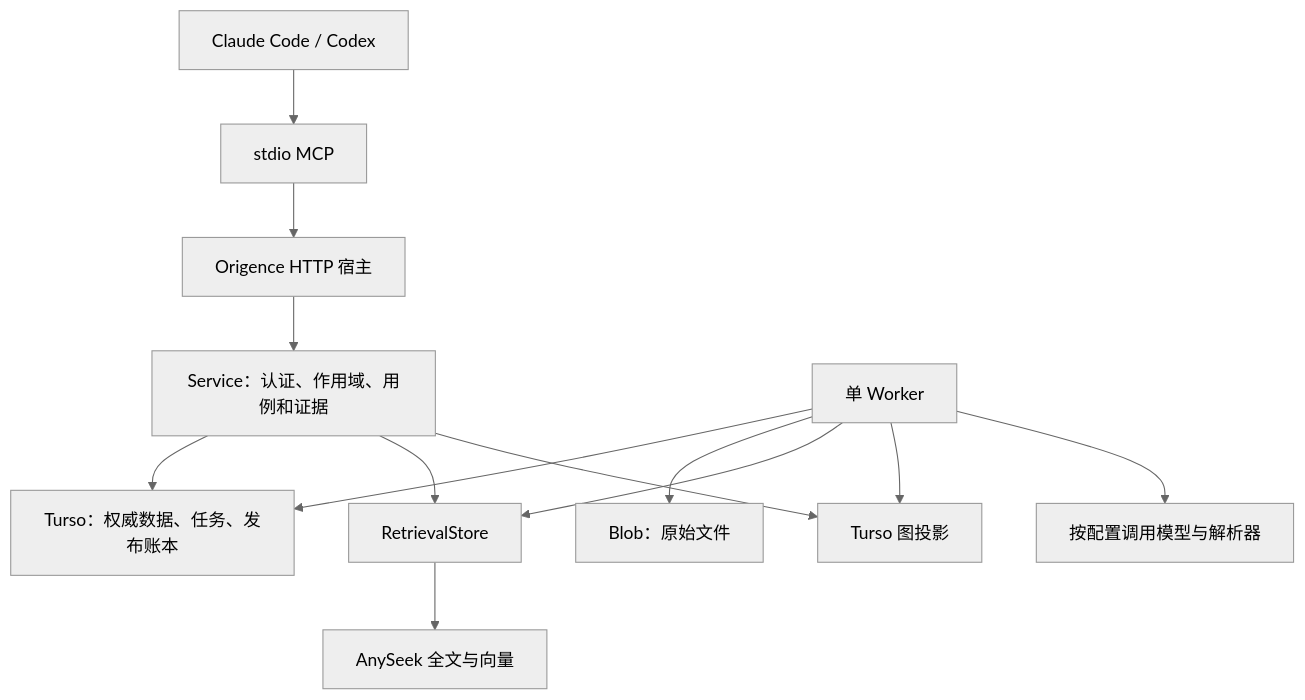
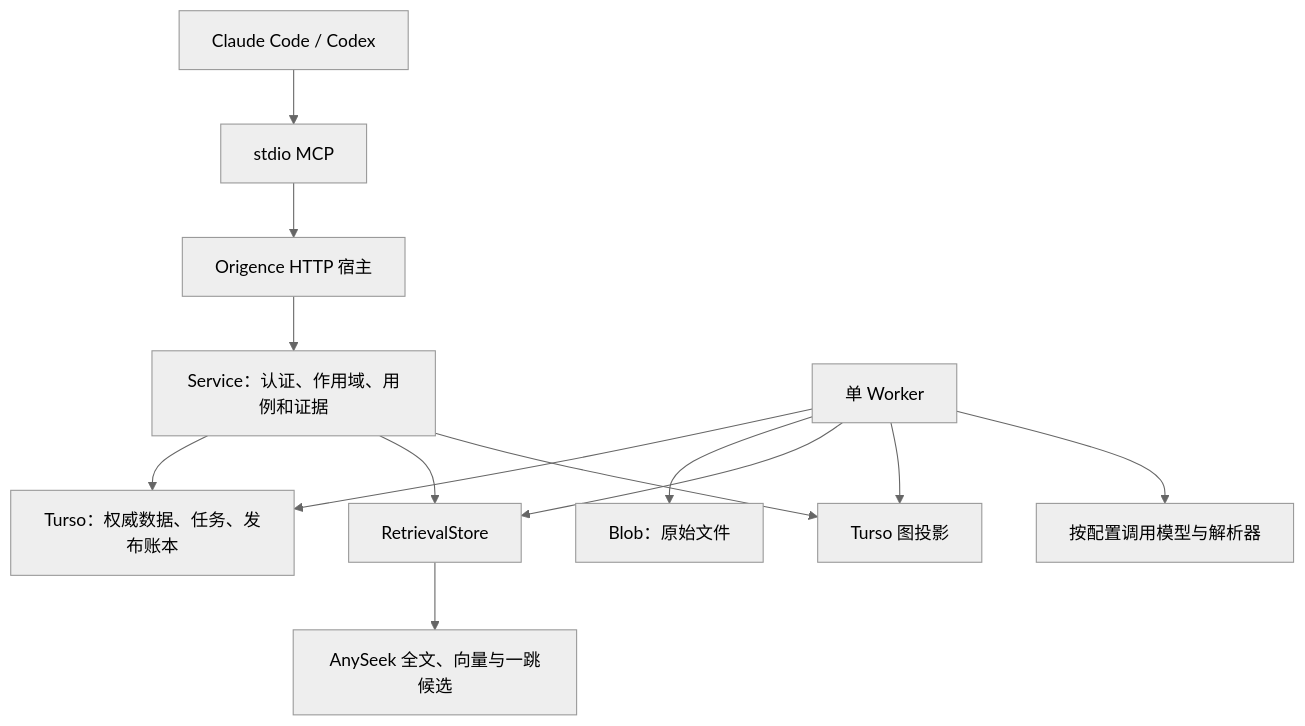
The diagram in docs/design/current-implementation.md (TheLudlows/Origence), drawn with Mermaid (neutral theme) before and after one commit. The commit also changed other lines of this file and 14 other files, not shown here.

First line of the commit message:
feat(search): query one-hop graph candidates through AnySeek [skip ci]

````diff
--- a/docs/design/current-implementation.md
+++ b/docs/design/current-implementation.md
@@ -18,15 +18,15 @@
 ```mermaid
 flowchart TD
     C[Claude Code / Codex] --> M[stdio MCP]
     M --> H[Origence HTTP 宿主]
     H --> S[Service：认证、作用域、用例和证据]
     S --> A[Turso：权威数据、任务、发布账本]
     W[单 Worker] --> A
     W --> B[Blob：原始文件]
     W --> R[RetrievalStore]
     S --> R
-    R --> F[AnySeek 全文与向量]
+    R --> F[AnySeek 全文、向量与一跳候选]
     W --> G[Turso 图投影]
     S --> G
     W --> P[按配置调用模型与解析器]
 ```
````
